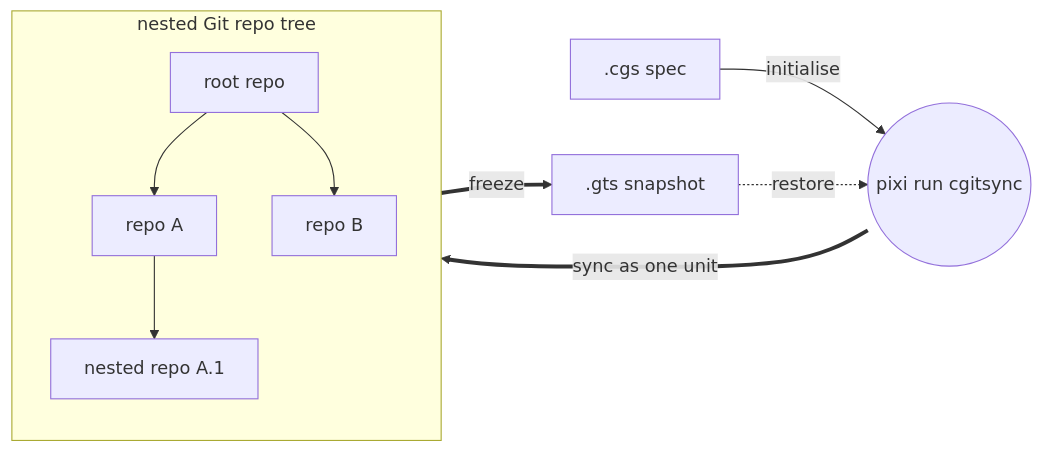
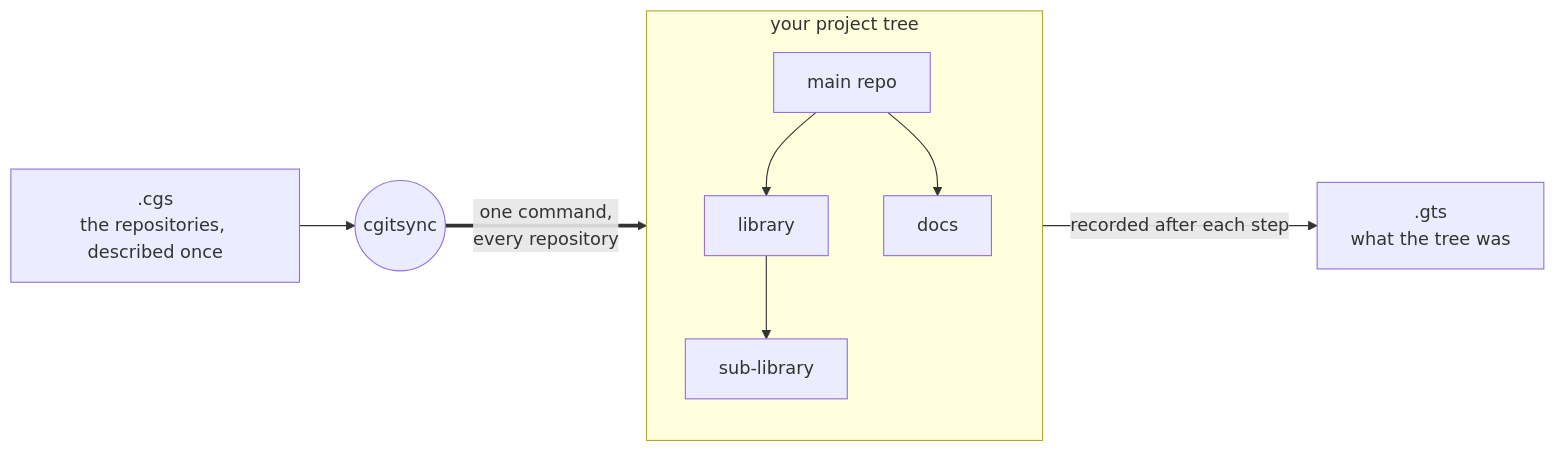
Before and after one commit to flipoyo/ComplexGitSync: the diagram in README.md, drawn with Mermaid. The commit also changed other lines of this file and 15 other files, not shown here.

````diff
--- a/README.md
+++ b/README.md
@@ -72,15 +15,12 @@
 ```mermaid
 flowchart LR
-    CGS[".cgs spec"] -->|initialise| CLI(("pixi run cgitsync"))
-    GTS[".gts snapshot"] -.->|restore| CLI
-
-    subgraph TREE["nested Git repo tree"]
+    CGS[".cgs<br/>the repositories, described once"] --> CLI(("cgitsync"))
+    CLI ==>|"one command,<br/>every repository"| TREE
+    subgraph TREE["your project tree"]
         direction TB
-        Root["root repo"] --> A["repo A"]
-        Root --> B["repo B"]
-        A --> A1["nested repo A.1"]
+        Root["main repo"] --> A["library"]
+        Root --> B["docs"]
+        A --> A1["sub-library"]
     end
-
-    CLI ==>|sync as one unit| TREE
-    TREE ==>|freeze| GTS
+    TREE -->|"recorded after each step"| GTS[".gts<br/>what the tree was"]
 ```
````
